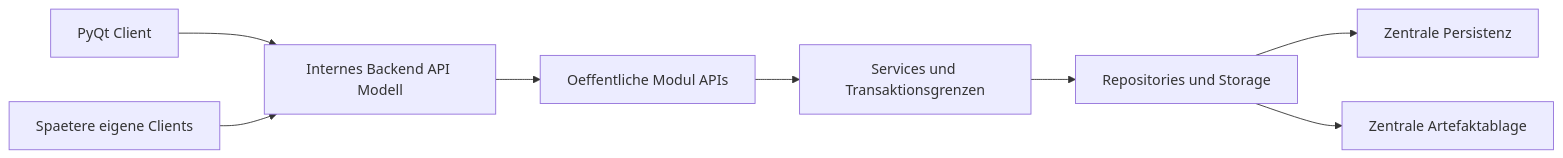
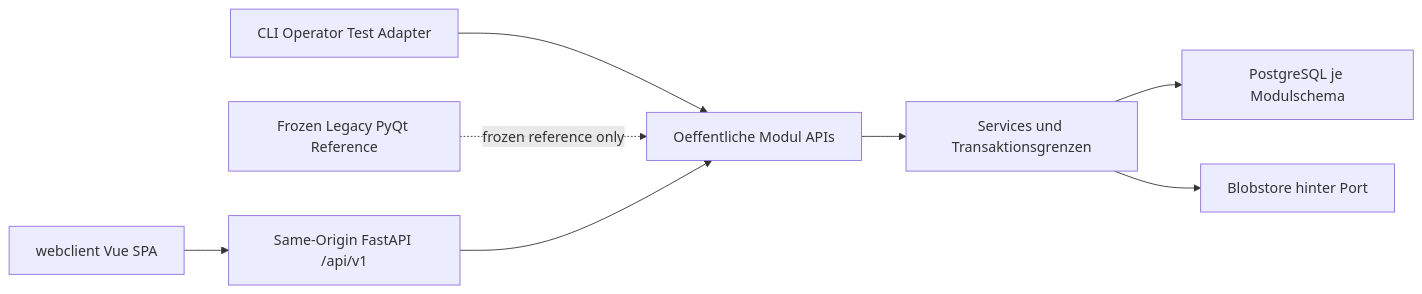
One commit to layzieshin/QMToolV7 changed the diagram in docs/MASTER_ORCHESTRATION_ROADMAP.md. Above: the diagram before and after it, drawn with Mermaid. The commit also changed other lines of this file and 23 other files, not shown here.

````diff
--- a/docs/MASTER_ORCHESTRATION_ROADMAP.md
+++ b/docs/MASTER_ORCHESTRATION_ROADMAP.md
@@ -54,19 +51,19 @@
 ```mermaid
 flowchart LR
-    PyQtClient[PyQt Client]
-    FutureClients[Spaetere eigene Clients]
-    BackendHost[Internes Backend API Modell]
+    WebClient[webclient Vue SPA]
+    CliAdapter[CLI Operator Test Adapter]
+    LegacyPyQt[Frozen Legacy PyQt Reference]
+    BackendHost[Same-Origin FastAPI /api/v1]
     ModuleApis[Oeffentliche Modul APIs]
     Services[Services und Transaktionsgrenzen]
-    Repos[Repositories und Storage]
-    Persistence[Zentrale Persistenz]
-    Artifacts[Zentrale Artefaktablage]
+    Persistence[PostgreSQL je Modulschema]
+    Artifacts[Blobstore hinter Port]
 
-    PyQtClient --> BackendHost
-    FutureClients --> BackendHost
+    WebClient --> BackendHost
+    CliAdapter --> ModuleApis
+    LegacyPyQt -.->|frozen reference only| ModuleApis
     BackendHost --> ModuleApis
     ModuleApis --> Services
-    Services --> Repos
-    Repos --> Persistence
-    Repos --> Artifacts
+    Services --> Persistence
+    Services --> Artifacts
 ```
````
